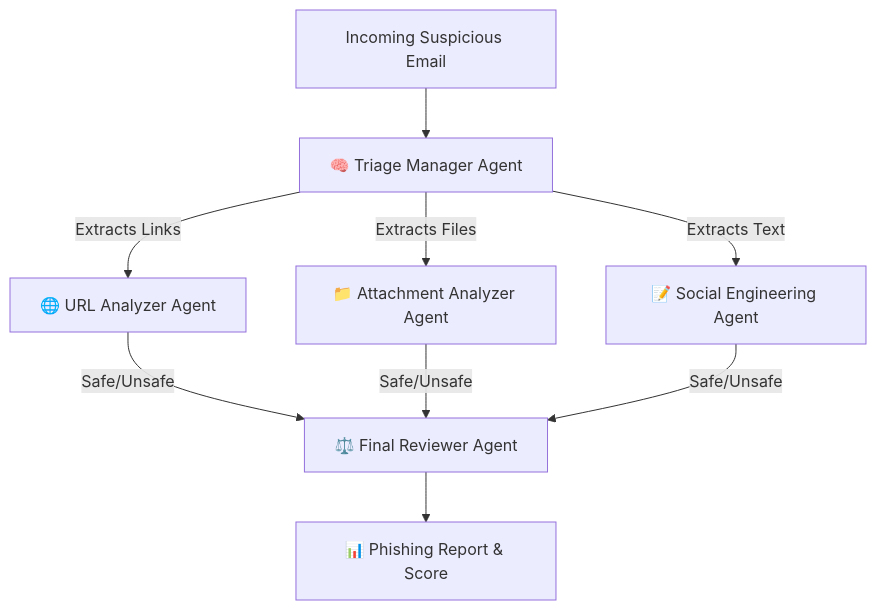
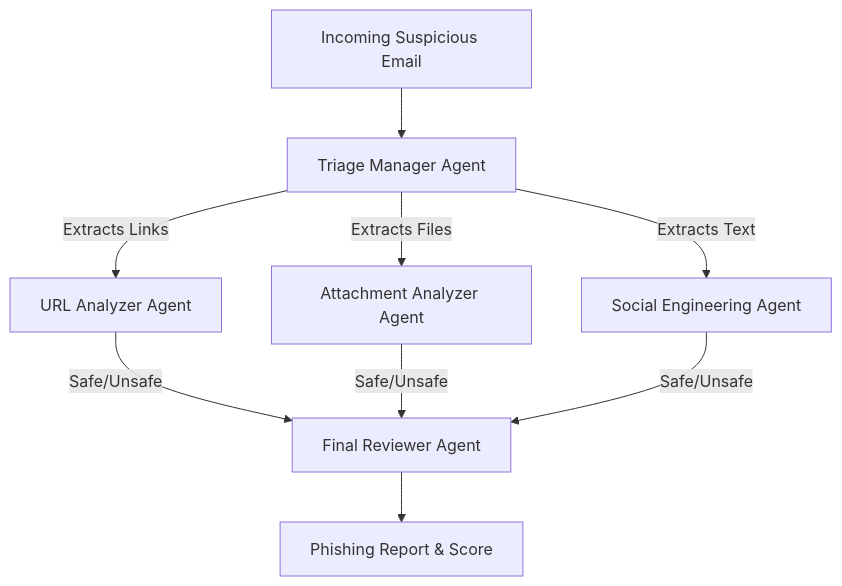
Before and after one commit to Sujalkathait/-AI-Agent-Security-Playbook.: diagram 20 of 21 in ai_agent_types_cybersecurity.md, drawn with Mermaid. The commit also changed other lines of this file and 2 other files, not shown here.

````diff
--- a/ai_agent_types_cybersecurity.md
+++ b/ai_agent_types_cybersecurity.md
@@ -438,14 +438,14 @@
 ```mermaid
 graph TD
-    Email[Incoming Suspicious Email] --> Manager[🧠 Triage Manager Agent]
+  Email[Incoming Suspicious Email] --> Manager[ Triage Manager Agent]
 
-    Manager -->|Extracts Links| URLAgent[🌐 URL Analyzer Agent]
-    Manager -->|Extracts Files| FileAgent[📁 Attachment Analyzer Agent]
-    Manager -->|Extracts Text| TextAgent[📝 Social Engineering Agent]
+  Manager -->|Extracts Links| URLAgent[ URL Analyzer Agent]
+  Manager -->|Extracts Files| FileAgent[ Attachment Analyzer Agent]
+  Manager -->|Extracts Text| TextAgent[ Social Engineering Agent]
 
-    URLAgent -->|Safe/Unsafe| Reviewer[⚖️ Final Reviewer Agent]
-    FileAgent -->|Safe/Unsafe| Reviewer
-    TextAgent -->|Safe/Unsafe| Reviewer
+  URLAgent -->|Safe/Unsafe| Reviewer[ Final Reviewer Agent]
+  FileAgent -->|Safe/Unsafe| Reviewer
+  TextAgent -->|Safe/Unsafe| Reviewer
 
-    Reviewer --> Output[📊 Phishing Report & Score]
+  Reviewer --> Output[ Phishing Report & Score]
 ```
````
